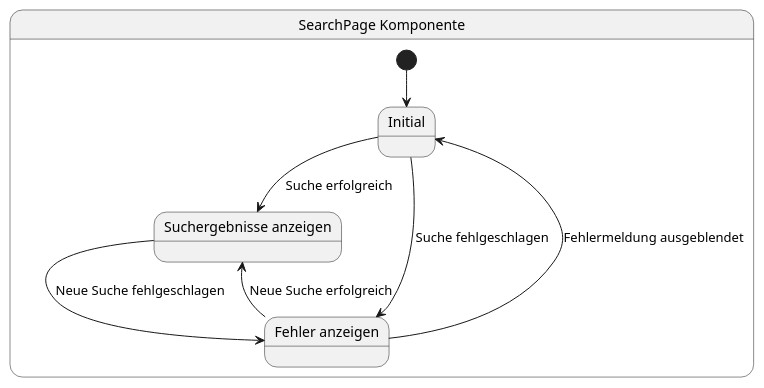
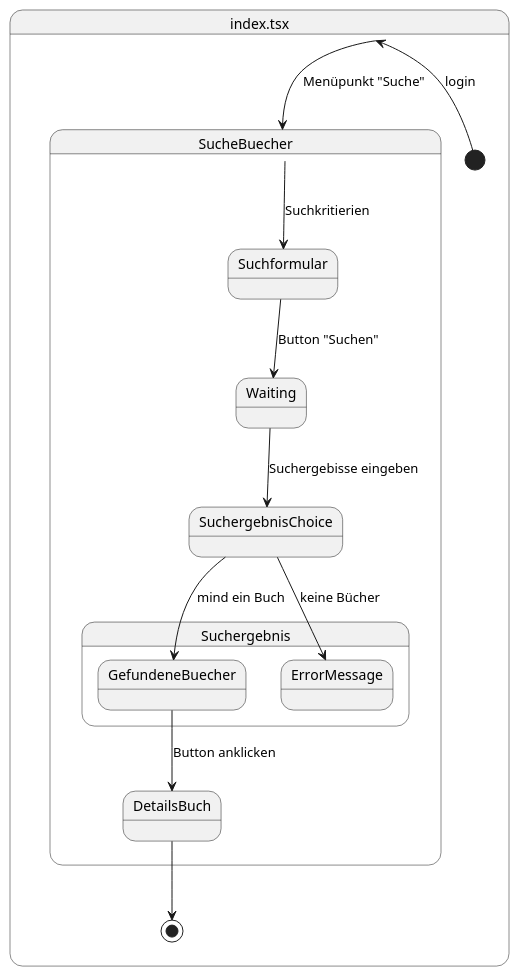
Before and after one commit to DrilonCS/FilmWeb: the diagram in .extras/doc/Projekthandbuch/buchSearch.plantuml, drawn with PlantUML. The commit also changed 2 other files, not shown here.

Commit message:
PLantuml Update

```diff
--- a/.extras/doc/Projekthandbuch/buchSearch.plantuml
+++ b/.extras/doc/Projekthandbuch/buchSearch.plantuml
@@ -1,15 +1,26 @@
-@startuml
-state "SearchPage Komponente" as SearchPage {
-  state "Initial" as Initial
-  state "Suchergebnisse anzeigen" as ShowResults
-  state "Fehler anzeigen" as ShowError
+@startuml Zustandsdiagramm
 
-  [*] --> Initial
-  Initial --> ShowResults : Suche erfolgreich
-  Initial --> ShowError : Suche fehlgeschlagen
-  ShowResults --> ShowError : Neue Suche fehlgeschlagen
-  ShowError --> ShowResults : Neue Suche erfolgreich
-  ShowError --> Initial : Fehlermeldung ausgeblendet
+state "index.tsx" as index {
+  state "SucheBuecher" as SucheBuecher {
+    state "Suchformular" as Suchformular
+    state "Waiting" as Waiting
+    state "SuchergebnisChoice" as SuchergebnisChoice
+    state "Suchergebnis" as Suchergebnis {
+      state "GefundeneBuecher" as GefundeneBuecher
+      state "ErrorMessage" as ErrorMessage
+    }
+    state "DetailsBuch" as DetailsBuch
+  }
+
+  [*] --> index: login
+  index --> SucheBuecher: Menüpunkt "Suche"
+  SucheBuecher --> Suchformular: Suchkritierien
+  Suchformular --> Waiting: Button "Suchen"
+  Waiting --> SuchergebnisChoice: Suchergebisse eingeben
+  SuchergebnisChoice --> GefundeneBuecher: mind ein Buch
+  SuchergebnisChoice --> ErrorMessage: keine Bücher
+  GefundeneBuecher --> DetailsBuch: Button anklicken
+  DetailsBuch --> [*]
 }
 
 @enduml
```
